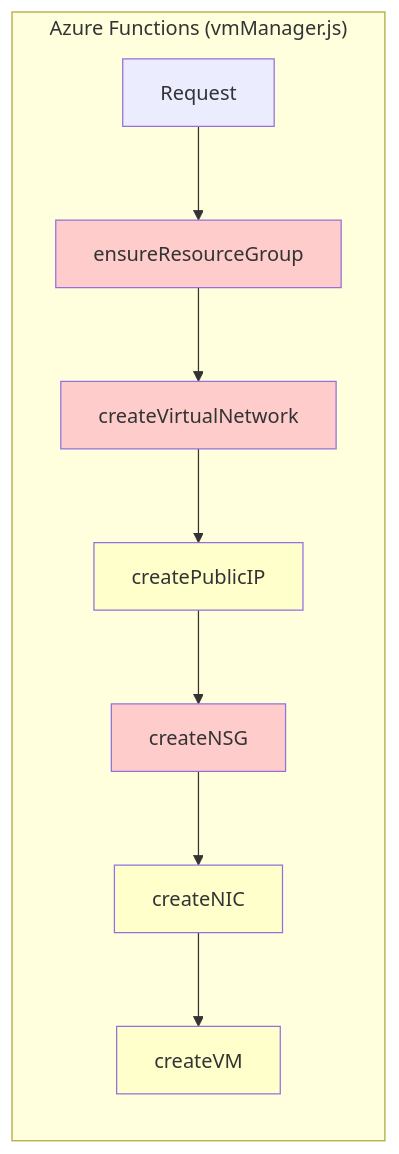
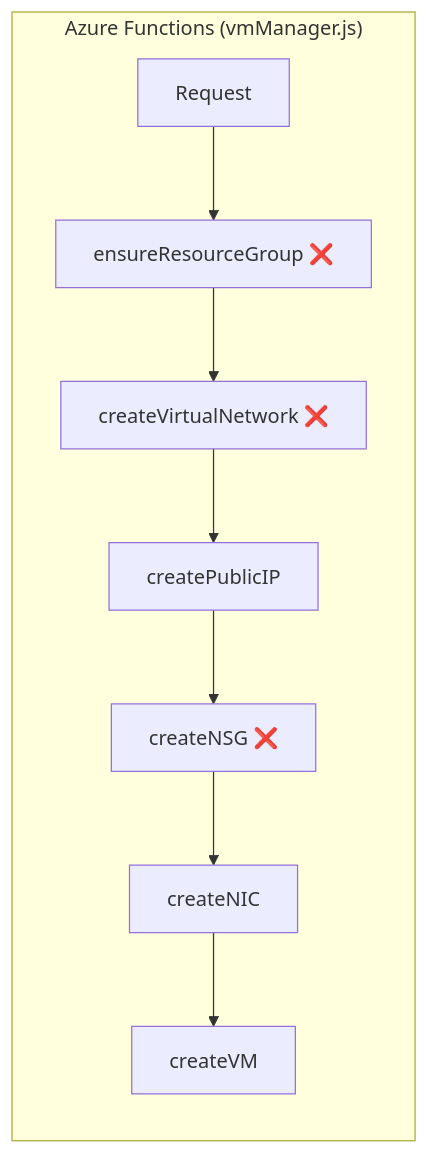
Before and after one commit to JindoKimKor/Self-Binnacle: the first of 5 diagrams in Voyages/Projects/unity-ci-enabler/resources/terraform-migration-analysis.md, drawn with Mermaid. The commit also changed other lines of this file, not shown here.

First line of the commit message:
style(unity-ci-enabler): Remove background colors from Mermaid diagrams

````diff
--- a/Voyages/Projects/unity-ci-enabler/resources/terraform-migration-analysis.md
+++ b/Voyages/Projects/unity-ci-enabler/resources/terraform-migration-analysis.md
@@ -11,19 +11,12 @@
 ```mermaid
 flowchart TB
     subgraph AF["Azure Functions (vmManager.js)"]
         direction TB
-        REQ[Request] --> RG[ensureResourceGroup]
-        RG --> VNET[createVirtualNetwork]
+        REQ[Request] --> RG["ensureResourceGroup ❌"]
+        RG --> VNET["createVirtualNetwork ❌"]
         VNET --> IP[createPublicIP]
-        IP --> NSG[createNSG]
+        IP --> NSG["createNSG ❌"]
         NSG --> NIC[createNIC]
         NIC --> VM[createVM]
     end
-
-    style RG fill:#ffcccc
-    style VNET fill:#ffcccc
-    style NSG fill:#ffcccc
-    style IP fill:#ffffcc
-    style NIC fill:#ffffcc
-    style VM fill:#ffffcc
 ```
````
